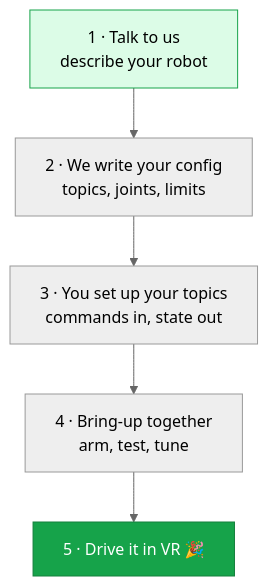
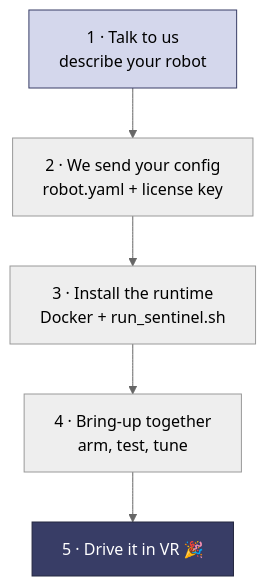
Before and after one commit to avearobotics/docs: the diagram in quickstart.mdx, drawn with Mermaid (neutral theme). The commit also changed other lines of this file and 20 other files, not shown here.

````diff
--- a/quickstart.mdx
+++ b/quickstart.mdx
@@ -8,10 +8,10 @@
 ```mermaid
 flowchart TD
-    A["1 · Talk to us<br/>describe your robot"] --> B["2 · We write your config<br/>topics, joints, limits"]
-    B --> C["3 · You set up your topics<br/>commands in, state out"]
+    A["1 · Talk to us<br/>describe your robot"] --> B["2 · We send your config<br/>robot.yaml + license key"]
+    B --> C["3 · Install the runtime<br/>Docker + run_sentinel.sh"]
     C --> D["4 · Bring-up together<br/>arm, test, tune"]
     D --> E["5 · Drive it in VR 🎉"]
 
-    style A fill:#dcfce7,stroke:#16A34A
-    style E fill:#16A34A,color:#fff,stroke:#15803D
+    style A fill:#d4d7ec,stroke:#383d66
+    style E fill:#383d66,color:#fff,stroke:#252840
 ```
````
